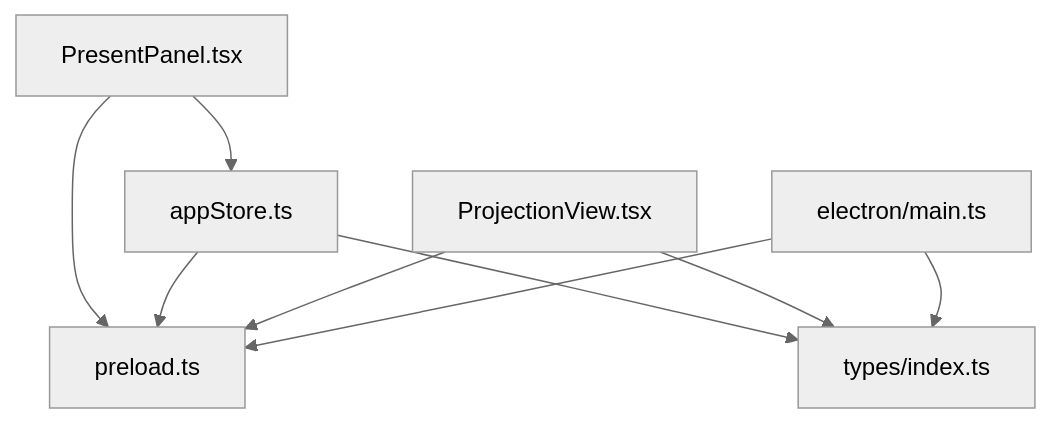
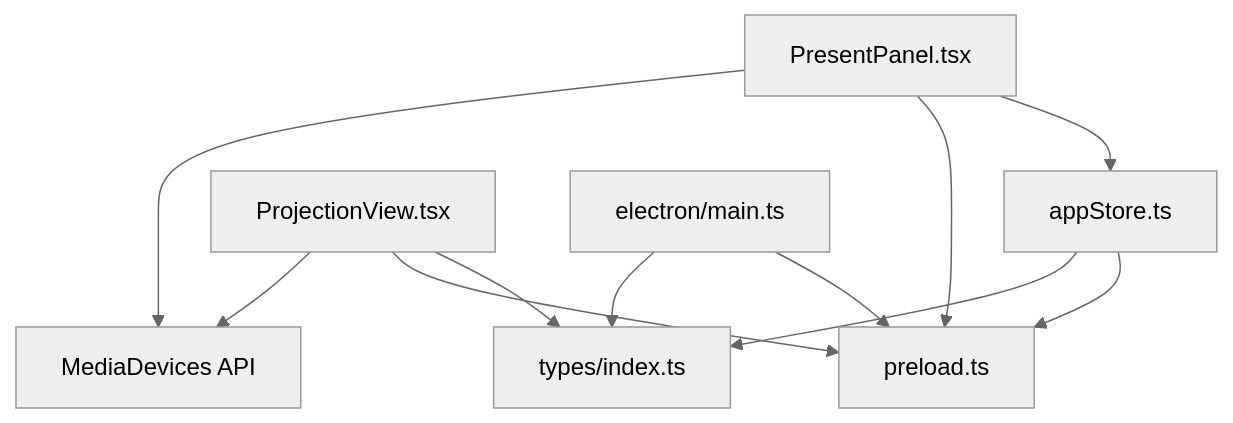
The eighth of 8 diagrams in .qoder/repowiki/en/content/Core Features/Live Presentation Engine.md (jimmywyk/lyricdeck), drawn with Mermaid (neutral theme) before and after one commit. The commit also changed other lines of this file and 5 other files, not shown here.

````diff
--- a/.qoder/repowiki/en/content/Core Features/Live Presentation Engine.md
+++ b/.qoder/repowiki/en/content/Core Features/Live Presentation Engine.md
@@ -335,11 +402,13 @@
 ```mermaid
 graph TB
 PP["PresentPanel.tsx"] --> AS["appStore.ts"]
 PP --> PL["preload.ts"]
 AS --> PL
 AS --> TY["types/index.ts"]
 PV["ProjectionView.tsx"] --> TY
 PV --> PL
 EM["electron/main.ts"] --> PL
 EM --> TY
+PP --> MD["MediaDevices API"]
+PV --> MD
 ```
````
